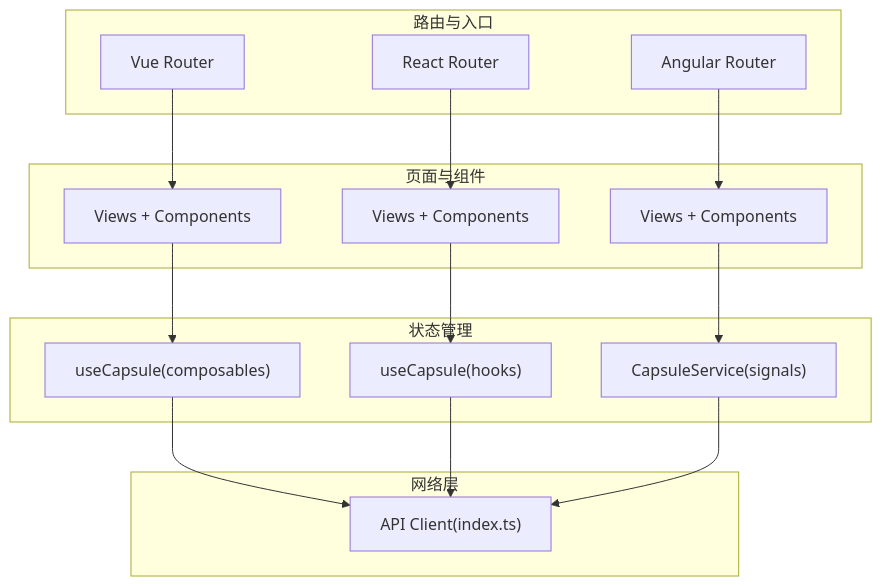
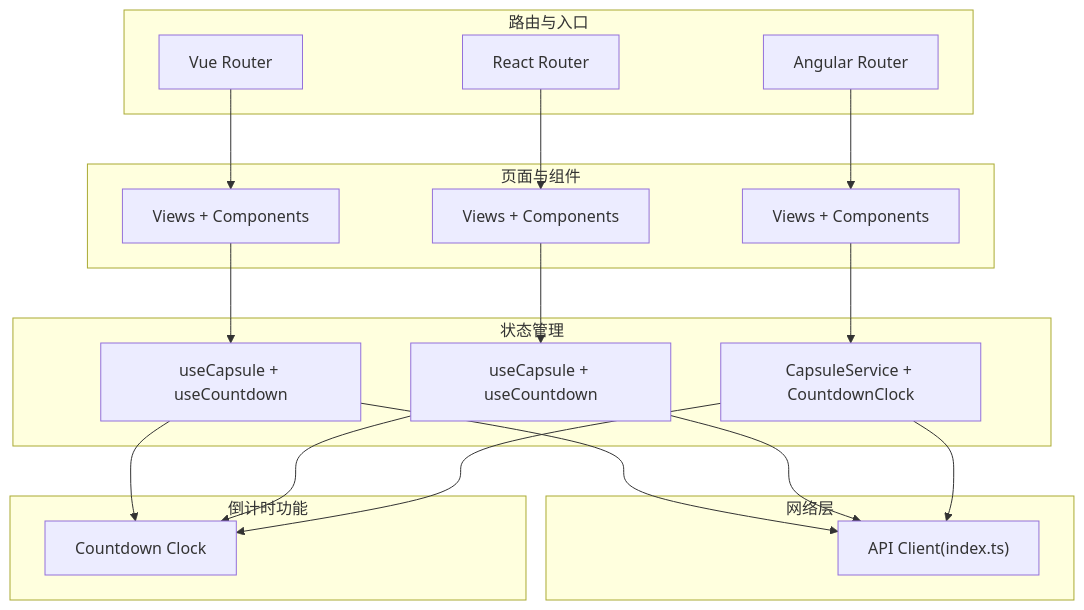
One commit to alexy2008/TimeCapsule changed the second of 7 diagrams in .qoder/repowiki/zh/content/前端实现详解/前端实现详解.md. Above: the diagram before and after it, drawn with Mermaid. The commit also changed other lines of this file and 22 other files, not shown here.

````diff
--- a/.qoder/repowiki/zh/content/前端实现详解/前端实现详解.md
+++ b/.qoder/repowiki/zh/content/前端实现详解/前端实现详解.md
@@ -142,24 +165,30 @@
 ```mermaid
 graph TB
 subgraph "路由与入口"
 V_router["Vue Router"]
 R_router["React Router"]
 A_router["Angular Router"]
 end
 subgraph "页面与组件"
 V_views["Views + Components"]
 R_views["Views + Components"]
 A_views["Views + Components"]
 end
 subgraph "状态管理"
-V_state["useCapsule(composables)"]
-R_state["useCapsule(hooks)"]
-A_state["CapsuleService(signals)"]
+V_state["useCapsule + useCountdown"]
+R_state["useCapsule + useCountdown"]
+A_state["CapsuleService + CountdownClock"]
 end
 subgraph "网络层"
 API["API Client(index.ts)"]
 end
+subgraph "倒计时功能"
+COUNTDOWN["Countdown Clock"]
+end
 V_router --> V_views --> V_state --> API
 R_router --> R_views --> R_state --> API
 A_router --> A_views --> A_state --> API
+V_state --> COUNTDOWN
+R_state --> COUNTDOWN
+A_state --> COUNTDOWN
 ```
````
